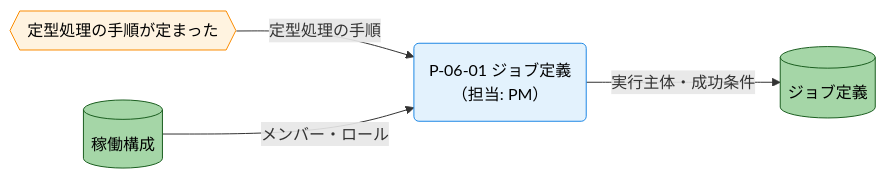
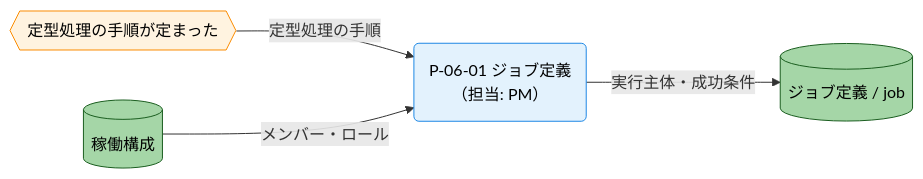
One commit to specdojo/specdojo changed the fifth of 5 diagrams in docs/ja/product/010-business-specs/010-data-flow/cdfd-plan.md. Above: the diagram before and after it, drawn with Mermaid. The commit also changed other lines of this file and 14 other files, not shown here.

````diff
--- a/docs/ja/product/010-business-specs/010-data-flow/cdfd-plan.md
+++ b/docs/ja/product/010-business-specs/010-data-flow/cdfd-plan.md
@@ -236,19 +236,19 @@
 ```mermaid
 flowchart LR
   classDef process fill:#e3f2fd,stroke:#1e88e5,color:#000
   classDef event fill:#fff3e0,stroke:#fb8c00,color:#000
   classDef storeMaster fill:#a5d6a7,stroke:#1b5e20,color:#000
 
   ジョブ契機{{"定型処理の手順が定まった"}}
   ジョブ定義プロセス("P-06-01 ジョブ定義<br>（担当: PM）")
   稼働構成[("稼働構成")]
-  ジョブ定義[("ジョブ定義")]
+  ジョブ定義[("ジョブ定義 / job")]
 
   ジョブ契機 -->|"定型処理の手順"| ジョブ定義プロセス
   稼働構成 -->|"メンバー・ロール"| ジョブ定義プロセス
   ジョブ定義プロセス -->|"実行主体・成功条件"| ジョブ定義
 
   class ジョブ定義プロセス process
   class ジョブ契機 event
   class 稼働構成,ジョブ定義 storeMaster
 ```
````
